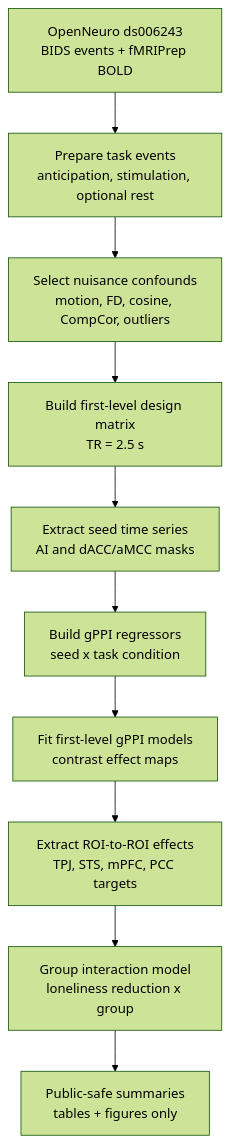
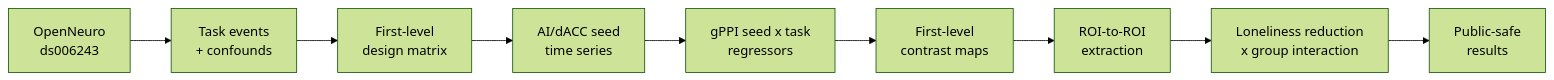
Before and after one commit to jenna0911/lkm-empathic-pain-connectivity: the diagram in README.md, drawn with Mermaid (forest theme). The commit also changed other lines of this file and 5 other files, not shown here.

````diff
--- a/README.md
+++ b/README.md
@@ -71,12 +40,11 @@
 ```mermaid
-flowchart TD
-    A["OpenNeuro ds006243<br/>BIDS events + fMRIPrep BOLD"] --> B["Prepare task events<br/>anticipation, stimulation, optional rest"]
-    B --> C["Select nuisance confounds<br/>motion, FD, cosine, CompCor, outliers"]
-    C --> D["Build first-level design matrix<br/>TR = 2.5 s"]
-    D --> E["Extract seed time series<br/>AI and dACC/aMCC masks"]
-    E --> F["Build gPPI regressors<br/>seed x task condition"]
-    F --> G["Fit first-level gPPI models<br/>contrast effect maps"]
-    G --> H["Extract ROI-to-ROI effects<br/>TPJ, STS, mPFC, PCC targets"]
-    H --> I["Group interaction model<br/>loneliness reduction x group"]
-    I --> J["Public-safe summaries<br/>tables + figures only"]
+flowchart LR
+    A["OpenNeuro<br/>ds006243"] --> B["Task events<br/>+ confounds"]
+    B --> C["First-level<br/>design matrix"]
+    C --> D["AI/dACC seed<br/>time series"]
+    D --> E["gPPI seed x task<br/>regressors"]
+    E --> F["First-level<br/>contrast maps"]
+    F --> G["ROI-to-ROI<br/>extraction"]
+    G --> H["Loneliness reduction<br/>x group interaction"]
+    H --> I["Public-safe<br/>results"]
 ```
````
